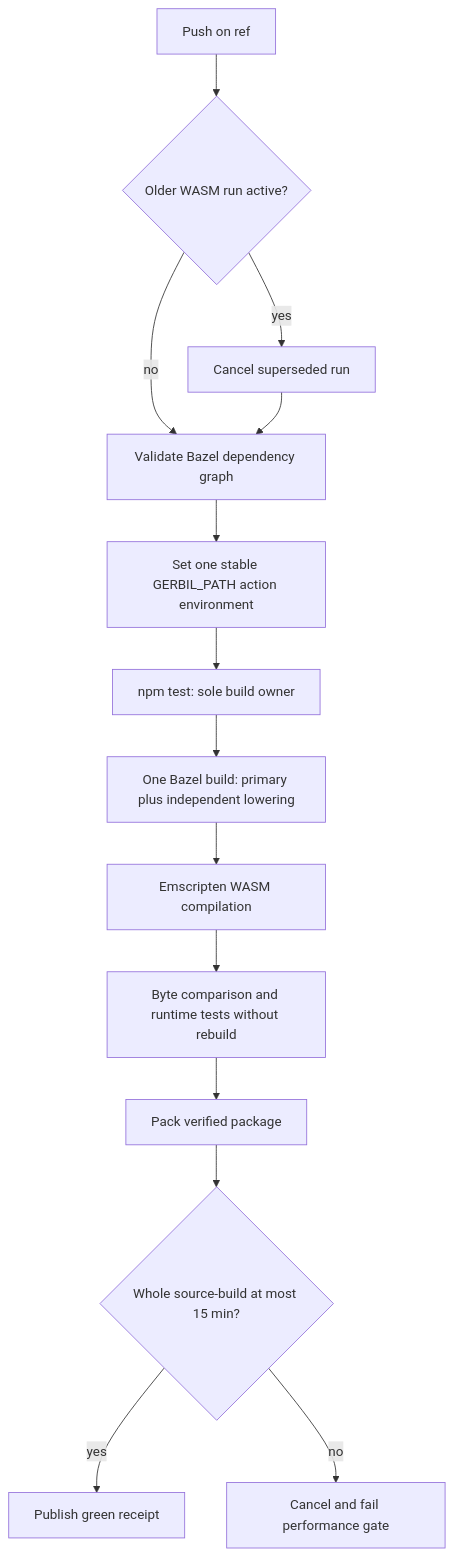
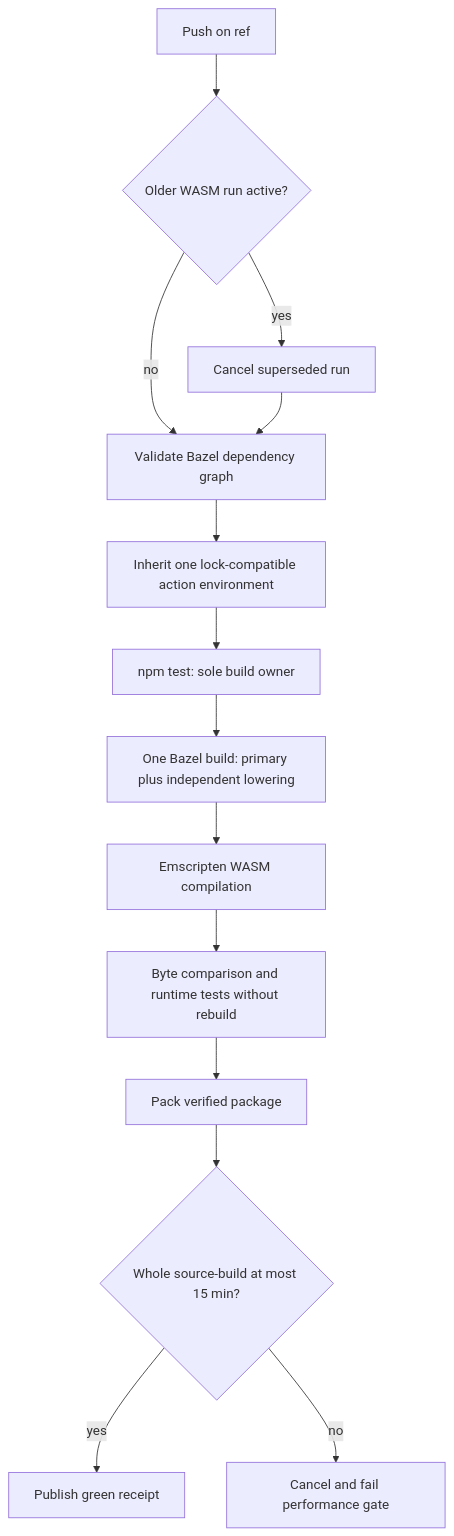
Before and after one commit to tao3k/poo-flow: diagram 20 of 20 in docs/10-19-design/10.06-poo-module-system/156-gerbil-bazel-pr29-downstream-performance-receipt.org, drawn with Mermaid. The commit also changed other lines of this file and 4 other files, not shown here.

```diff
--- a/docs/10-19-design/10.06-poo-module-system/156-gerbil-bazel-pr29-downstream-performance-receipt.org
+++ b/docs/10-19-design/10.06-poo-module-system/156-gerbil-bazel-pr29-downstream-performance-receipt.org
@@ -1445,16 +1448,16 @@
 #+begin_src mermaid
 flowchart TD
     P[Push on ref] --> C{Older WASM run active?}
     C -->|yes| X[Cancel superseded run]
     C -->|no| G[Validate Bazel dependency graph]
     X --> G
-    G --> E[Set one stable GERBIL_PATH action environment]
+    G --> E[Inherit one lock-compatible action environment]
     E --> N[npm test: sole build owner]
     N --> B[One Bazel build: primary plus independent lowering]
     B --> W[Emscripten WASM compilation]
     W --> D[Byte comparison and runtime tests without rebuild]
     D --> K[Pack verified package]
     K --> J{Whole source-build at most 15 min?}
     J -->|yes| S[Publish green receipt]
     J -->|no| F[Cancel and fail performance gate]
 #+end_src
```
